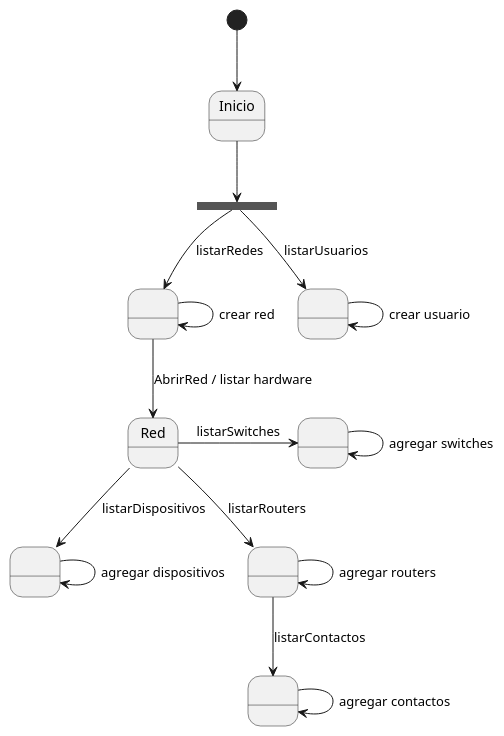
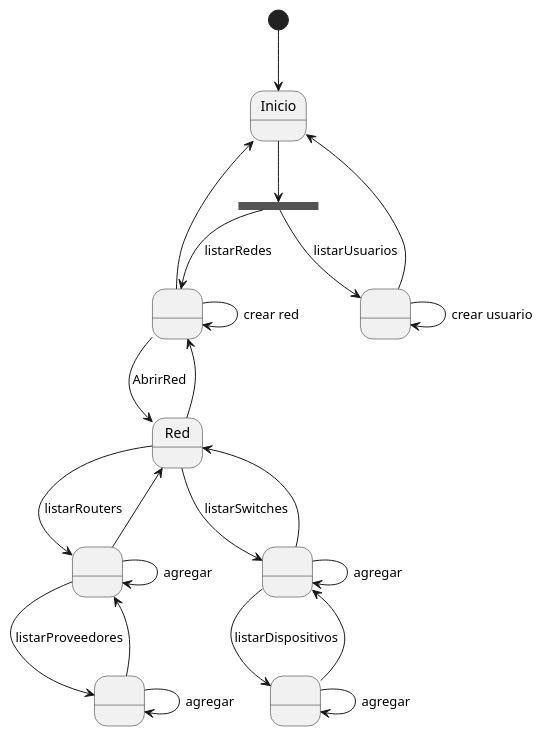
Before and after one commit to juanixcopal/proyect_IdSw: the diagram in 000-entregas/diagramaDeEstados/proyecto.plantuml, drawn with PlantUML. The commit also changed 6 other files, not shown here.

Commit message:
[fix] actualizaciones del diagrama de estados

```diff
--- a/000-entregas/diagramaDeEstados/proyecto.plantuml
+++ b/000-entregas/diagramaDeEstados/proyecto.plantuml
@@ -1,39 +1,45 @@
 @startuml proyecto
 
 state fork_state <<fork>>
 
 state NONAME_REDES as " "
 state NONAME_USUARIOS as " "
 state NONAME_DISPOSITIVOS as " "
 state NONAME_ROUTERS as " "
-state NONAME_CONTACTOS as " "
+state NONAME_PROVEEDORES as " "
 state NONAME_SWITCHES as " "
 
 [*] --> Inicio
 Inicio --> fork_state
 
 'Usuarios
 fork_state --> NONAME_USUARIOS: listarUsuarios
 NONAME_USUARIOS --> NONAME_USUARIOS: crear usuario
-
+NONAME_USUARIOS -up-> Inicio
 'Redes
 fork_state --> NONAME_REDES: listarRedes
 NONAME_REDES --> NONAME_REDES: crear red
-NONAME_REDES --> Red: AbrirRed / listar hardware
+NONAME_REDES --> Red: AbrirRed
+NONAME_REDES <-r- Red
+NONAME_REDES -up-> Inicio
 
 'Routers
 Red --> NONAME_ROUTERS: listarRouters
-NONAME_ROUTERS --> NONAME_ROUTERS: agregar routers
+NONAME_ROUTERS --> NONAME_ROUTERS: agregar 
+NONAME_ROUTERS --> Red
 
-'Contactos
-NONAME_ROUTERS --> NONAME_CONTACTOS: listarContactos
-NONAME_CONTACTOS --> NONAME_CONTACTOS: agregar contactos
+'Proveedores
+NONAME_ROUTERS --> NONAME_PROVEEDORES: listarProveedores
+NONAME_PROVEEDORES --> NONAME_PROVEEDORES: agregar 
+NONAME_PROVEEDORES --> NONAME_ROUTERS
 
 'Switches
-Red -r-> NONAME_SWITCHES: listarSwitches
-NONAME_SWITCHES --> NONAME_SWITCHES: agregar switches
+Red --> NONAME_SWITCHES: listarSwitches
+NONAME_SWITCHES --> NONAME_SWITCHES: agregar 
+NONAME_SWITCHES --> Red
 
 'Dispositivos
-Red --> NONAME_DISPOSITIVOS: listarDispositivos
-NONAME_DISPOSITIVOS --> NONAME_DISPOSITIVOS: agregar dispositivos
+NONAME_SWITCHES --> NONAME_DISPOSITIVOS: listarDispositivos
+NONAME_DISPOSITIVOS --> NONAME_DISPOSITIVOS: agregar 
+NONAME_DISPOSITIVOS --> NONAME_SWITCHES
 @enduml
```
